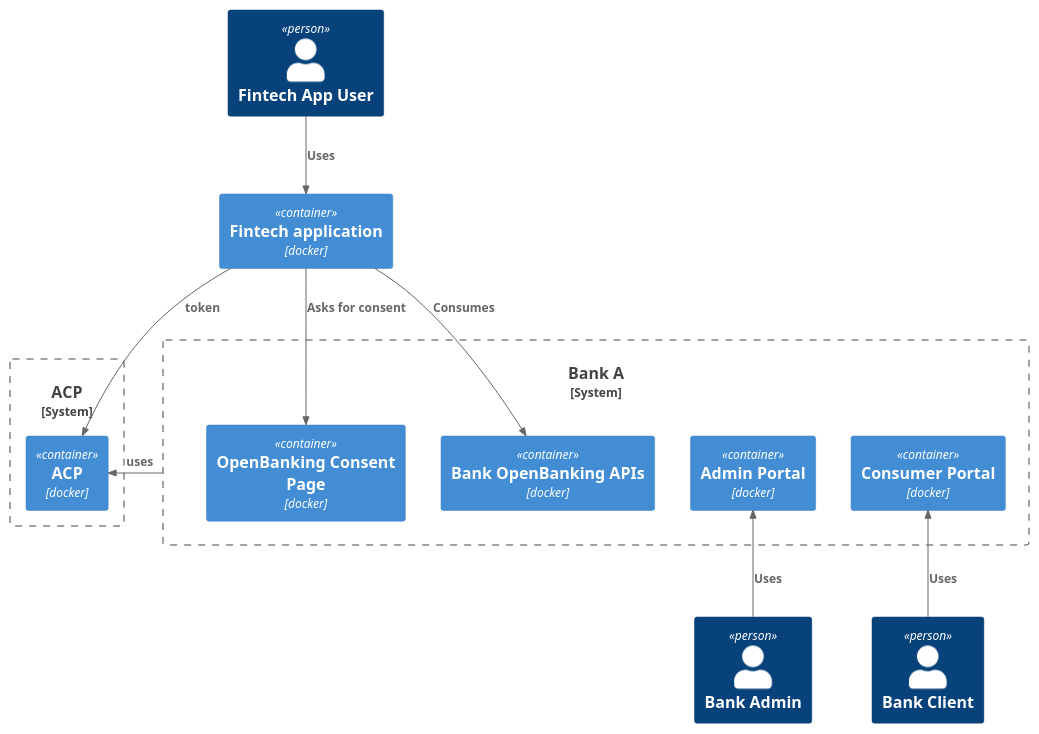
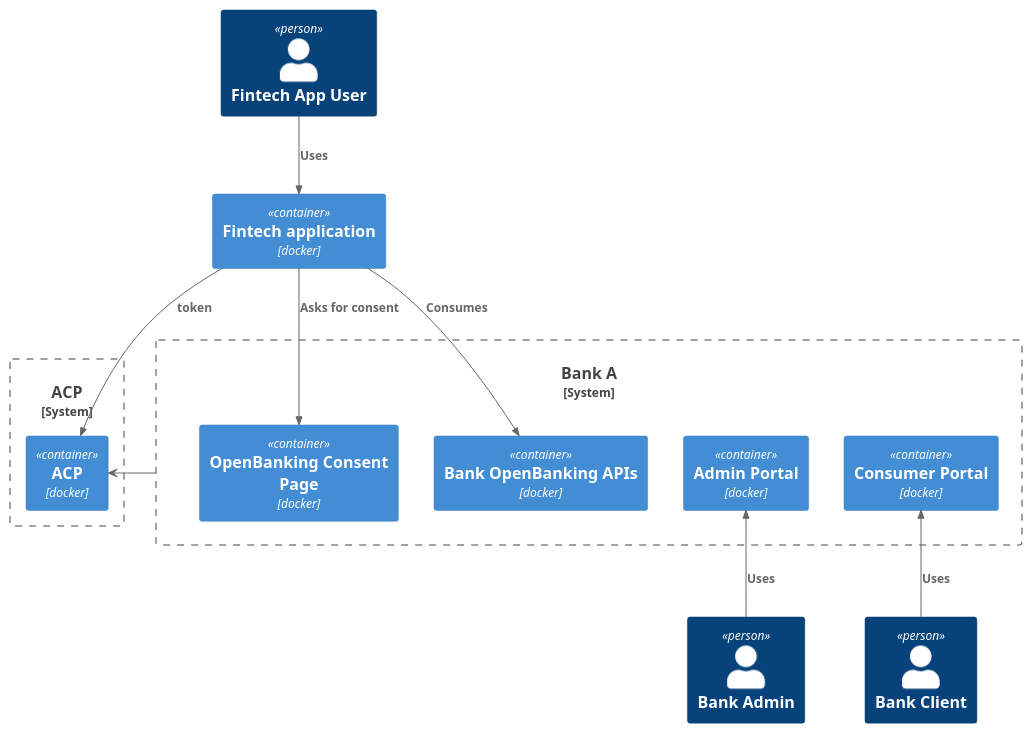
The diagram in docs/diagrams/logical.puml (cloudentity/openbanking-sandbox), drawn with PlantUML before and after one commit.

```diff
--- a/docs/diagrams/logical.puml
+++ b/docs/diagrams/logical.puml
@@ -1,36 +1,36 @@
 @startuml
 !include https://raw.githubusercontent.com/plantuml-stdlib/C4-PlantUML/master/C4_Container.puml
 
 Person(tpp_user, "Fintech App User")
 
 Person(bank_user, "Bank Client")
 Person(bank_admin, "Bank Admin")
 
 System_Boundary(acp_system, "ACP") {
     Container(acp, "ACP", "docker")
 }
 
 Container(tpp, "Fintech application", "docker")
 
 System_Boundary(bank_A, "Bank A") {
     Container(consent_page_A, "OpenBanking Consent Page", "docker")
     Container(bank_consumer_portal_A, "Consumer Portal", "docker")
     Container(bank_OB_API_A, "Bank OpenBanking APIs", "docker")
     Container(bank_admin_portal_A, "Admin Portal", "docker")
 }
 
 Rel(tpp_user, tpp, "Uses")
 
 Rel_U(bank_user, bank_consumer_portal_A, "Uses")
 
 Rel_U(bank_admin, bank_admin_portal_A, "Uses")
 
 Rel(tpp, bank_OB_API_A, "Consumes")
 
 Rel(tpp, consent_page_A, "Asks for consent")
 
 Rel(tpp, acp, "token")
 
-Rel_L(bank_A, acp, "uses")
+bank_A -l-> acp
 
 @enduml
```
